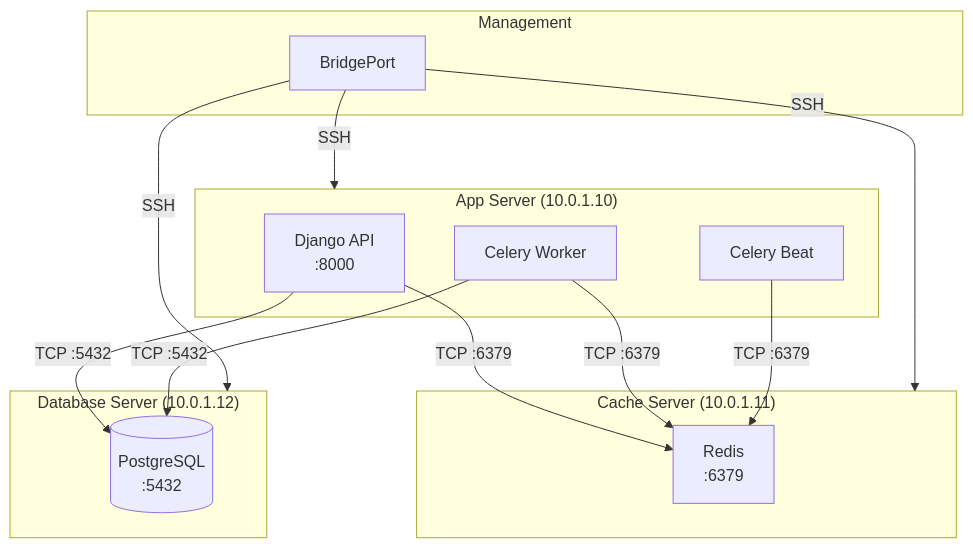
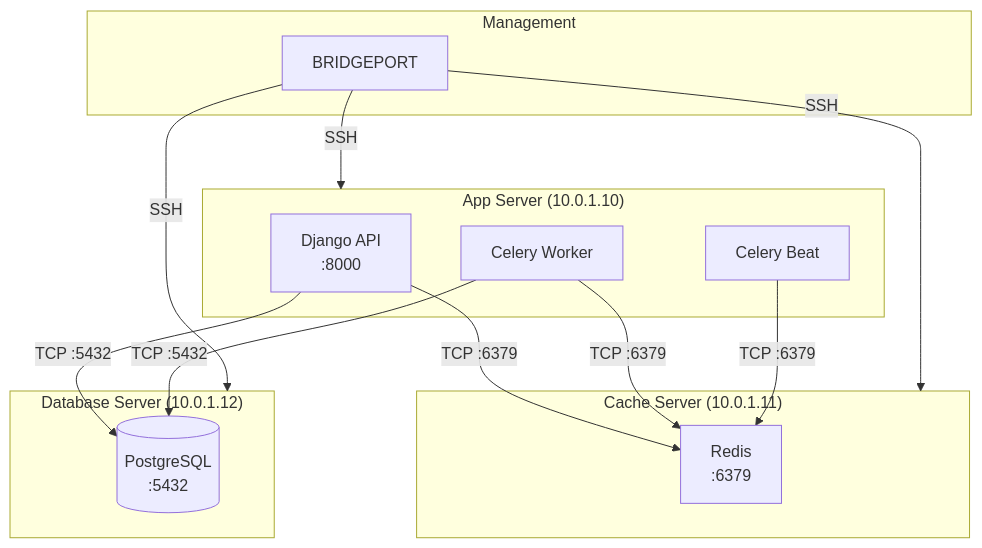
One commit to bridgeinpt/bridgeport changed the fourth of 4 diagrams in docs/operations/patterns.md. Above: the diagram before and after it, drawn with Mermaid. The commit also changed other lines of this file and 94 other files, not shown here.

````diff
--- a/docs/operations/patterns.md
+++ b/docs/operations/patterns.md
@@ -234,30 +234,30 @@
 ```mermaid
 graph TB
     subgraph BP ["Management"]
-        BridgePort[BridgePort]
+        BRIDGEPORT[BRIDGEPORT]
     end
 
     subgraph AppServer ["App Server (10.0.1.10)"]
         DJANGO[Django API<br/>:8000]
         CELERY[Celery Worker]
         BEAT[Celery Beat]
     end
 
     subgraph CacheServer ["Cache Server (10.0.1.11)"]
         REDIS[Redis<br/>:6379]
     end
 
     subgraph DBServer ["Database Server (10.0.1.12)"]
         PG[(PostgreSQL<br/>:5432)]
     end
 
-    BridgePort -->|SSH| AppServer
-    BridgePort -->|SSH| CacheServer
-    BridgePort -->|SSH| DBServer
+    BRIDGEPORT -->|SSH| AppServer
+    BRIDGEPORT -->|SSH| CacheServer
+    BRIDGEPORT -->|SSH| DBServer
 
     DJANGO -->|TCP :5432| PG
     DJANGO -->|TCP :6379| REDIS
     CELERY -->|TCP :6379| REDIS
     CELERY -->|TCP :5432| PG
     BEAT -->|TCP :6379| REDIS
 ```
````
